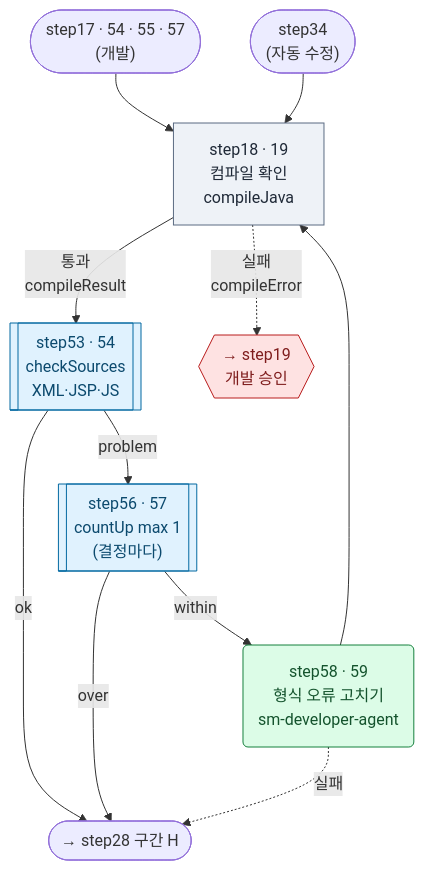
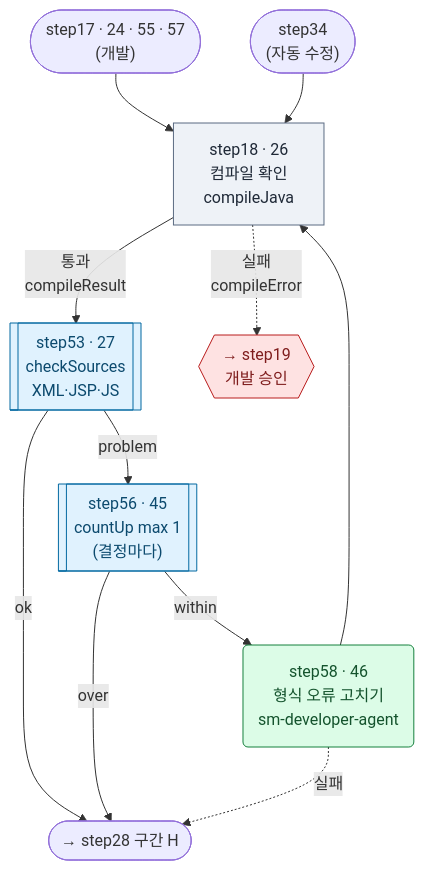
One commit to YongSoekChoeng/dstone changed diagram 13 of 24 in docs/09.dstone-ai-engine-sm-workflow.md. Above: the diagram before and after it, drawn with Mermaid. The commit also changed other lines of this file and 27 other files, not shown here.

````diff
--- a/docs/09.dstone-ai-engine-sm-workflow.md
+++ b/docs/09.dstone-ai-engine-sm-workflow.md
@@ -1024,19 +1015,19 @@
 ```mermaid
 flowchart TD
-    FROM1(["step17 · 54 · 55 · 57<br/>(개발)"]) --> step18
+    FROM1(["step17 · 24 · 55 · 57<br/>(개발)"]) --> step18
     FROM3(["step34<br/>(자동 수정)"]) --> step18
-    step18["step18 · 19<br/>컴파일 확인<br/>compileJava"]:::tool
-    step18 -->|"통과<br/>compileResult"| step53[["step53 · 54<br/>checkSources<br/>XML·JSP·JS"]]:::route
+    step18["step18 · 26<br/>컴파일 확인<br/>compileJava"]:::tool
+    step18 -->|"통과<br/>compileResult"| step53[["step53 · 27<br/>checkSources<br/>XML·JSP·JS"]]:::route
     step18 -.->|"실패<br/>compileError"| step19{{"→ step19<br/>개발 승인"}}:::appr
     step53 -->|ok| step28(["→ step28 구간 H"])
-    step53 -->|problem| step56[["step56 · 57<br/>countUp max 1<br/>(결정마다)"]]:::route
-    step56 -->|within| step58("step58 · 59<br/>형식 오류 고치기<br/>sm-developer-agent"):::agent
+    step53 -->|problem| step56[["step56 · 45<br/>countUp max 1<br/>(결정마다)"]]:::route
+    step56 -->|within| step58("step58 · 46<br/>형식 오류 고치기<br/>sm-developer-agent"):::agent
     step56 -->|over| step28
     step58 --> step18
     step58 -.->|실패| step28
 
     classDef tool fill:#eef2f7,stroke:#5b6b82,color:#1f2937
     classDef route fill:#e0f2fe,stroke:#0369a1,color:#0c4a6e
     classDef agent fill:#dcfce7,stroke:#15803d,color:#14532d
     classDef appr fill:#fee2e2,stroke:#b91c1c,color:#7f1d1d
 ```
````
